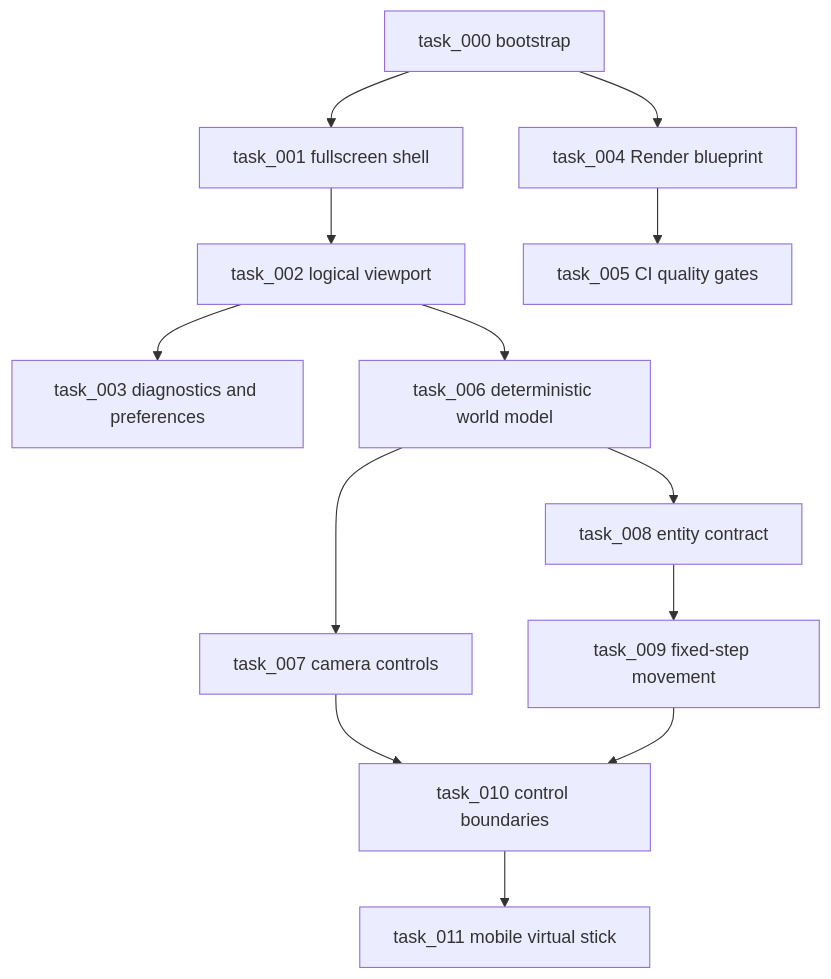
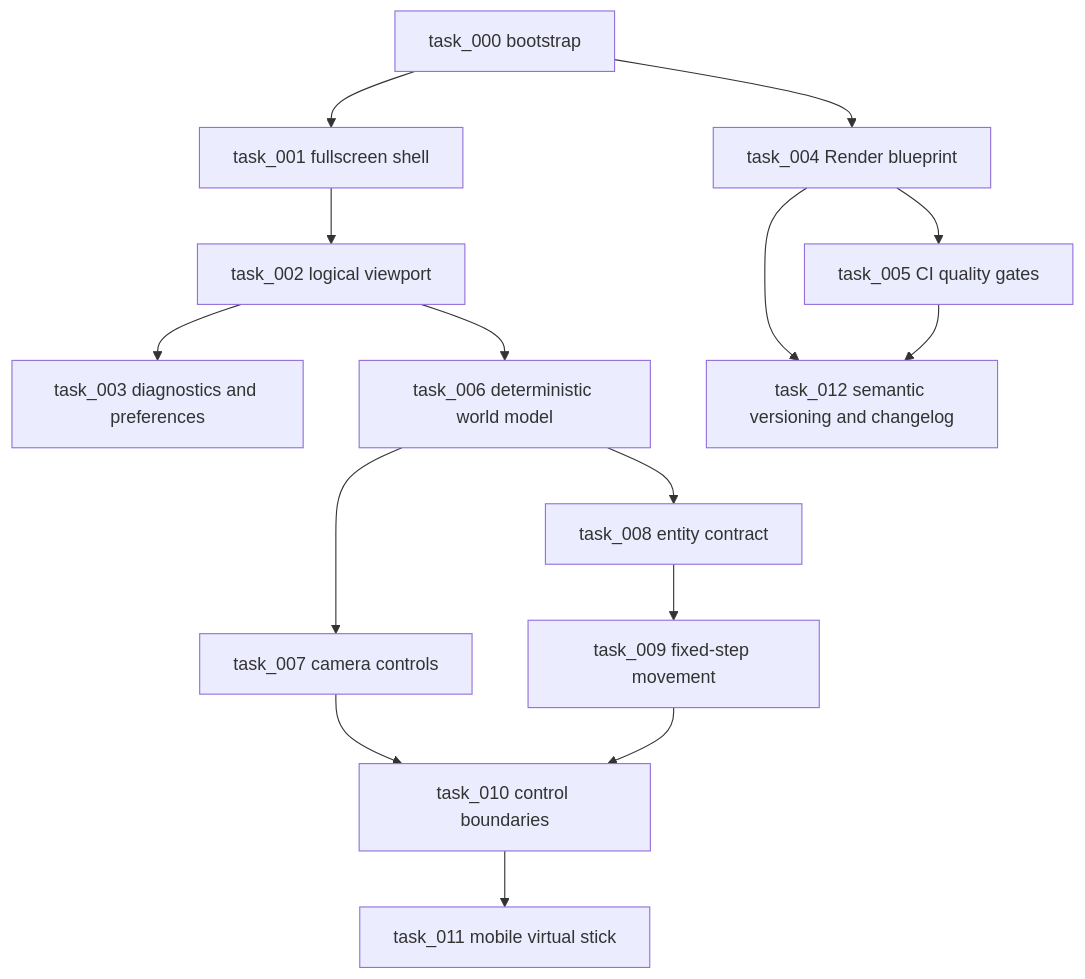
Before and after one commit to AlexAgo83/emberwake: the sixth of 6 diagrams in README.md, drawn with Mermaid. The commit also changed other lines of this file and 7 other files, not shown here.

Commit message:
Define semantic versioning and changelog operating model

````diff
--- a/README.md
+++ b/README.md
@@ -205,15 +211,17 @@
 ```mermaid
 flowchart TD
     T0[task_000 bootstrap] --> T1[task_001 fullscreen shell]
     T1 --> T2[task_002 logical viewport]
     T2 --> T3[task_003 diagnostics and preferences]
     T0 --> T4[task_004 Render blueprint]
     T4 --> T5[task_005 CI quality gates]
     T2 --> T6[task_006 deterministic world model]
     T6 --> T7[task_007 camera controls]
     T6 --> T8[task_008 entity contract]
     T8 --> T9[task_009 fixed-step movement]
     T7 --> T10[task_010 control boundaries]
     T9 --> T10
     T10 --> T11[task_011 mobile virtual stick]
+    T4 --> T12[task_012 semantic versioning and changelog]
+    T5 --> T12
 ```
````
